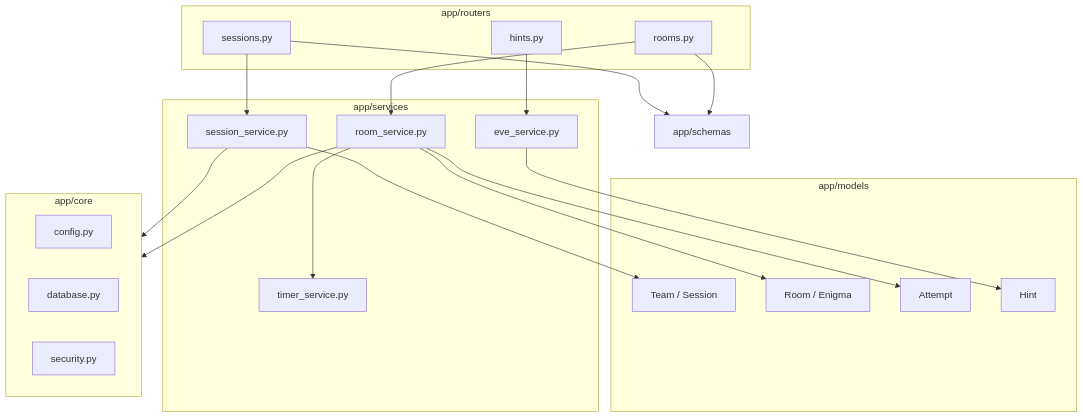
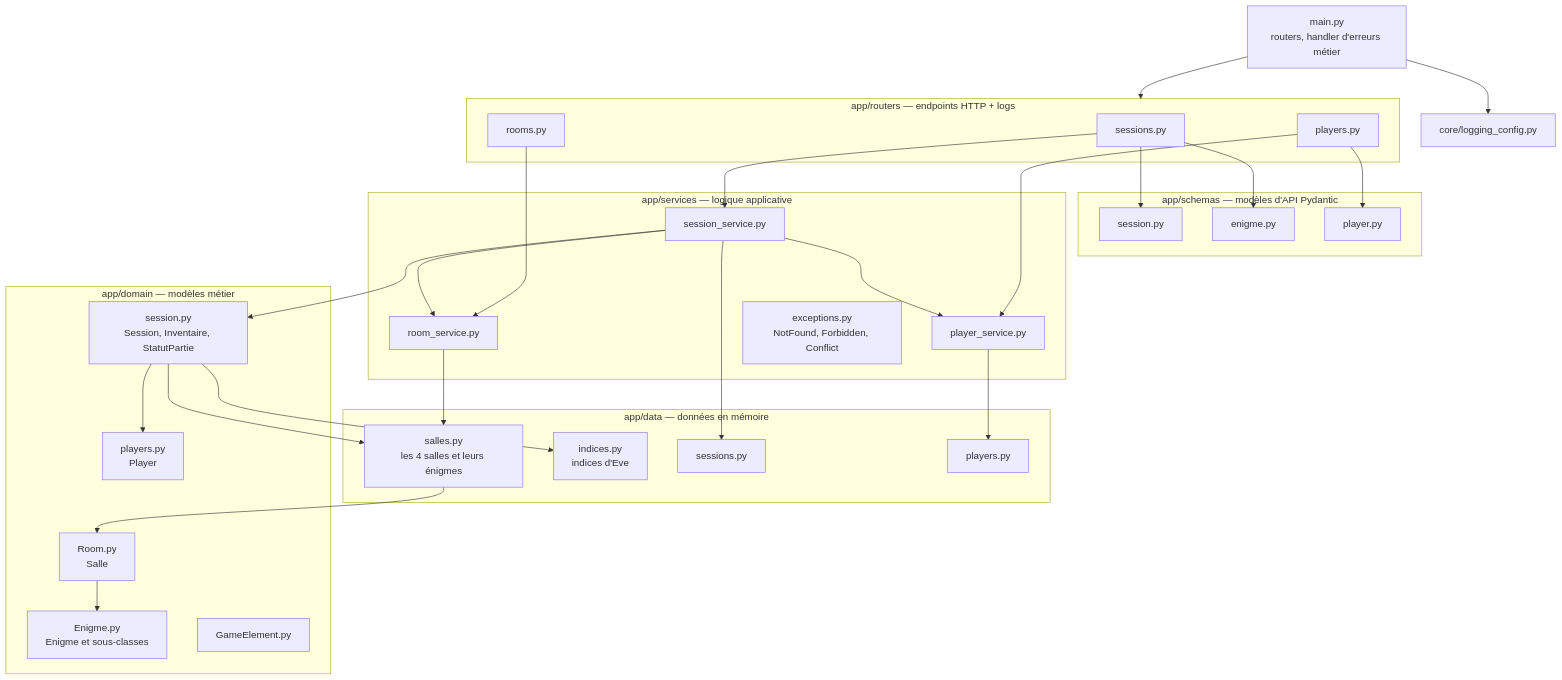
The third of 4 diagrams in R00t_Override/docs/architecture.md (Benjylem/Python-FastAPI), drawn with Mermaid before and after one commit. The commit also changed other lines of this file and 2 other files, not shown here.

First line of the commit message:
[FIX] doc alignee sur le code : services/, logs des routers, indices d'Eve

````diff
--- a/R00t_Override/docs/architecture.md
+++ b/R00t_Override/docs/architecture.md
@@ -51,39 +74,54 @@
 ```mermaid
 flowchart TD
-    subgraph API["app/routers"]
+    MAIN[main.py<br/>routers, handler d'erreurs métier]
+    CORE[core/logging_config.py]
+    subgraph ROUTERS["app/routers — endpoints HTTP + logs"]
         R1[sessions.py]
         R2[rooms.py]
-        R3[hints.py]
+        R3[players.py]
     end
-    subgraph SVC["app/services"]
-        S1[session_service.py]
-        S2[room_service.py]
-        S3[timer_service.py]
-        S4[eve_service.py]
+    subgraph SCHEMAS["app/schemas — modèles d'API Pydantic"]
+        SC1[session.py]
+        SC2[enigme.py]
+        SC3[player.py]
     end
-    subgraph MOD["app/models"]
-        M1[Team / Session]
-        M2[Room / Enigma]
-        M3[Attempt]
-        M4[Hint]
+    subgraph SERVICES["app/services — logique applicative"]
+        SV1[session_service.py]
+        SV2[player_service.py]
+        SV3[room_service.py]
+        SV4[exceptions.py<br/>NotFound, Forbidden, Conflict]
     end
-    subgraph CORE["app/core"]
-        C1[config.py]
-        C2[database.py]
-        C3[security.py]
+    subgraph DOMAIN["app/domain — modèles métier"]
+        D1[session.py<br/>Session, Inventaire, StatutPartie]
+        D2[Enigme.py<br/>Enigme et sous-classes]
+        D3[Room.py<br/>Salle]
+        D4[players.py<br/>Player]
+        D5[GameElement.py]
     end
-    SCH[app/schemas]
+    subgraph DATA["app/data — données en mémoire"]
+        DA1[salles.py<br/>les 4 salles et leurs énigmes]
+        DA2[indices.py<br/>indices d'Eve]
+        DA3[sessions.py]
+        DA4[players.py]
+    end
 
-    R1 --> S1
-    R2 --> S2
-    R3 --> S4
-    S1 --> M1
-    S2 --> M2
-    S2 --> M3
-    S2 --> S3
-    S4 --> M4
-    S1 --> CORE
-    S2 --> CORE
-    R1 --> SCH
-    R2 --> SCH
+    MAIN --> ROUTERS
+    MAIN --> CORE
+    R1 --> SC1
+    R1 --> SC2
+    R3 --> SC3
+    R1 --> SV1
+    R2 --> SV3
+    R3 --> SV2
+    SV1 --> SV2
+    SV1 --> SV3
+    SV1 --> D1
+    SV1 --> DA3
+    SV2 --> DA4
+    SV3 --> DA1
+    D1 --> DA1
+    D1 --> DA2
+    D1 --> D4
+    D3 --> D2
+    DA1 --> D3
 ```
````
